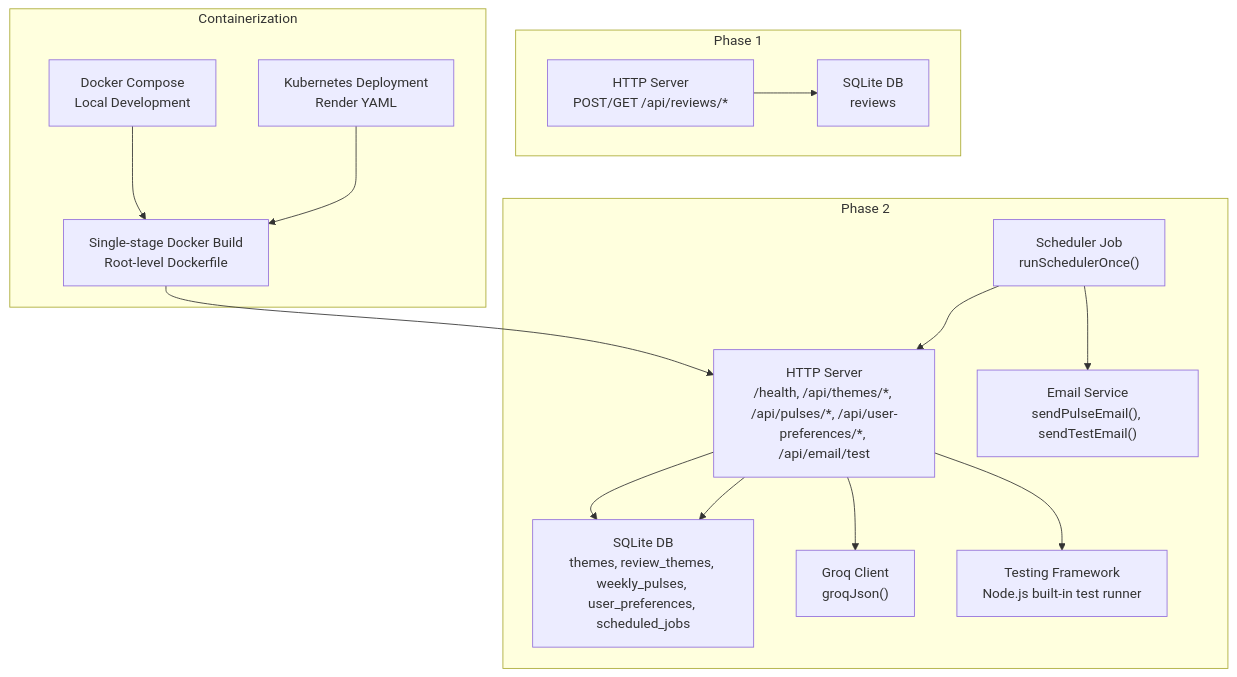
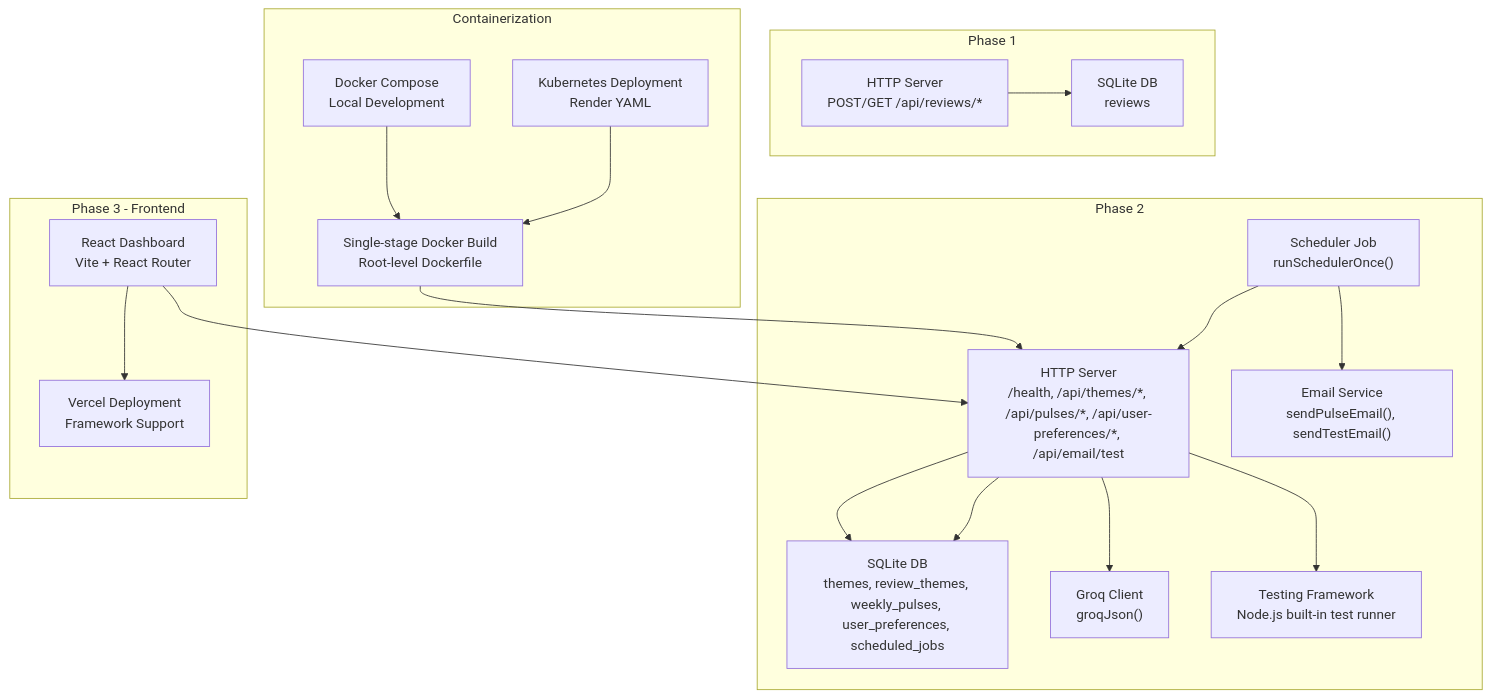
One commit to aravinthraj-ramalingam/Groww-App-Review-Insights-Analyzer- changed the first of 5 diagrams in .qoder/repowiki/en/content/Deployment & Operations.md. Above: the diagram before and after it, drawn with Mermaid. The commit also changed other lines of this file and 3 other files, not shown here.

````diff
--- a/.qoder/repowiki/en/content/Deployment & Operations.md
+++ b/.qoder/repowiki/en/content/Deployment & Operations.md
@@ -80,30 +87,36 @@
 ```mermaid
 graph TB
 subgraph "Phase 1"
 P1S["HTTP Server<br/>POST/GET /api/reviews/*"]
 P1DB["SQLite DB<br/>reviews"]
 end
 subgraph "Phase 2"
 P2S["HTTP Server<br/>/health, /api/themes/*, /api/pulses/*, /api/user-preferences/*, /api/email/test"]
 P2DB["SQLite DB<br/>themes, review_themes, weekly_pulses, user_preferences, scheduled_jobs"]
 SCH["Scheduler Job<br/>runSchedulerOnce()"]
 EMAIL["Email Service<br/>sendPulseEmail(), sendTestEmail()"]
 GROQ["Groq Client<br/>groqJson()"]
 TESTS["Testing Framework<br/>Node.js built-in test runner"]
 end
+subgraph "Phase 3 - Frontend"
+FRONTEND["React Dashboard<br/>Vite + React Router"]
+VERCEL["Vercel Deployment<br/>Framework Support"]
+end
 subgraph "Containerization"
 DOCKER["Single-stage Docker Build<br/>Root-level Dockerfile"]
 K8S["Kubernetes Deployment<br/>Render YAML"]
 COMPOSE["Docker Compose<br/>Local Development"]
 end
 P1S --> P1DB
 P2S --> P2DB
 SCH --> P2S
 SCH --> EMAIL
 P2S --> GROQ
 P2S --> P2DB
 P2S --> TESTS
+FRONTEND --> P2S
+FRONTEND --> VERCEL
 DOCKER --> P2S
 K8S --> DOCKER
 COMPOSE --> DOCKER
 ```
````
